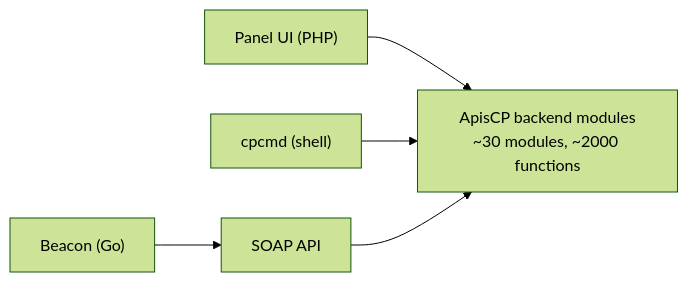
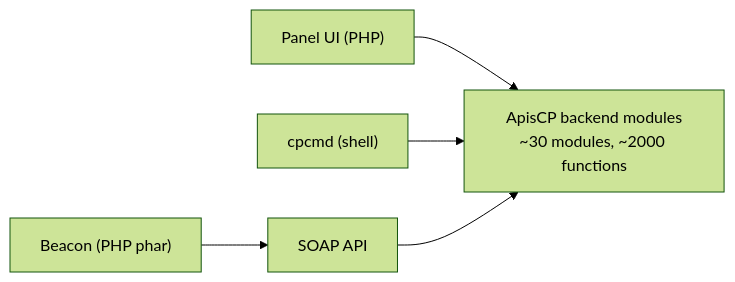
One commit to ccp-aus/learn changed the diagram in src/content/lessons/apiscp/l3/01-cpcmd-and-the-api.mdx. Above: the diagram before and after it, drawn with Mermaid (forest theme). The commit also changed other lines of this file and 8 other files, not shown here.

````diff
--- a/src/content/lessons/apiscp/l3/01-cpcmd-and-the-api.mdx
+++ b/src/content/lessons/apiscp/l3/01-cpcmd-and-the-api.mdx
@@ -17,8 +17,8 @@
 ```mermaid
 flowchart LR
     UI["Panel UI (PHP)"] --> Backend
     cpcmd["cpcmd (shell)"] --> Backend
     SOAP["SOAP API"] --> Backend
-    Beacon["Beacon (Go)"] --> SOAP
+    Beacon["Beacon (PHP phar)"] --> SOAP
     Backend["ApisCP backend modules<br/>~30 modules, ~2000 functions"]
 ```
````
